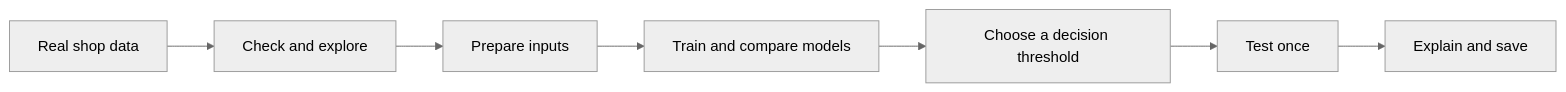
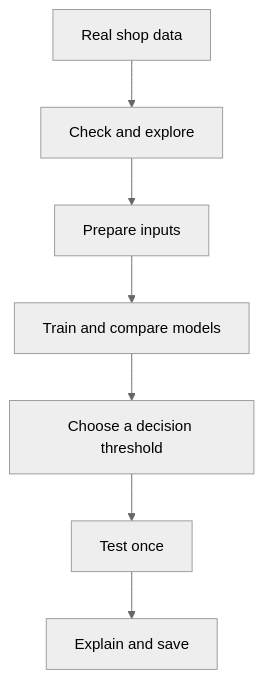
One commit to Wadee19/ShopSense-AI changed the diagram in README.md. Above: the diagram before and after it, drawn with Mermaid (neutral theme). The commit also changed other lines of this file, not shown here.

Commit message:
docs: clarify chart provenance and improve workflow diagram readability

````diff
--- a/README.md
+++ b/README.md
@@ -17,9 +17,9 @@
 ```mermaid
-flowchart LR
+flowchart TD
     A[Real shop data] --> B[Check and explore]
     B --> C[Prepare inputs]
     C --> D[Train and compare models]
     D --> E[Choose a decision threshold]
     E --> F[Test once]
     F --> G[Explain and save]
 ```
````
